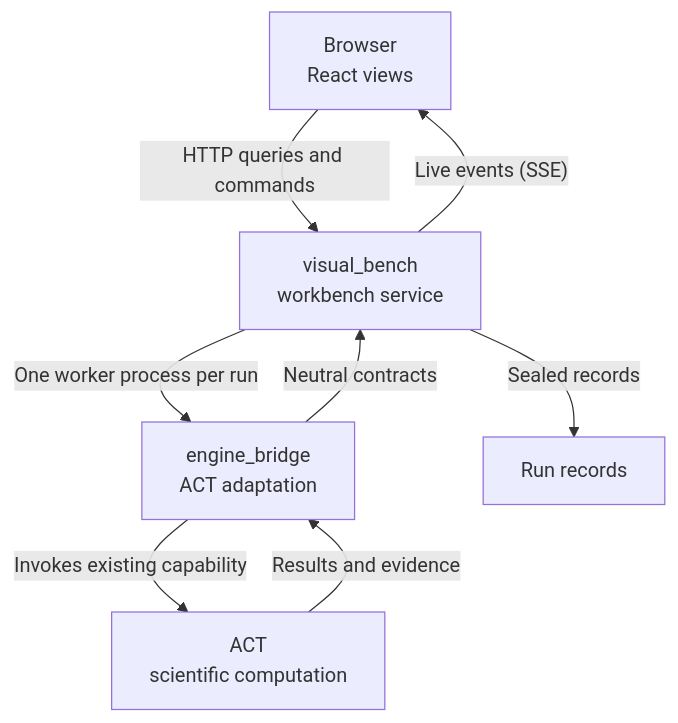
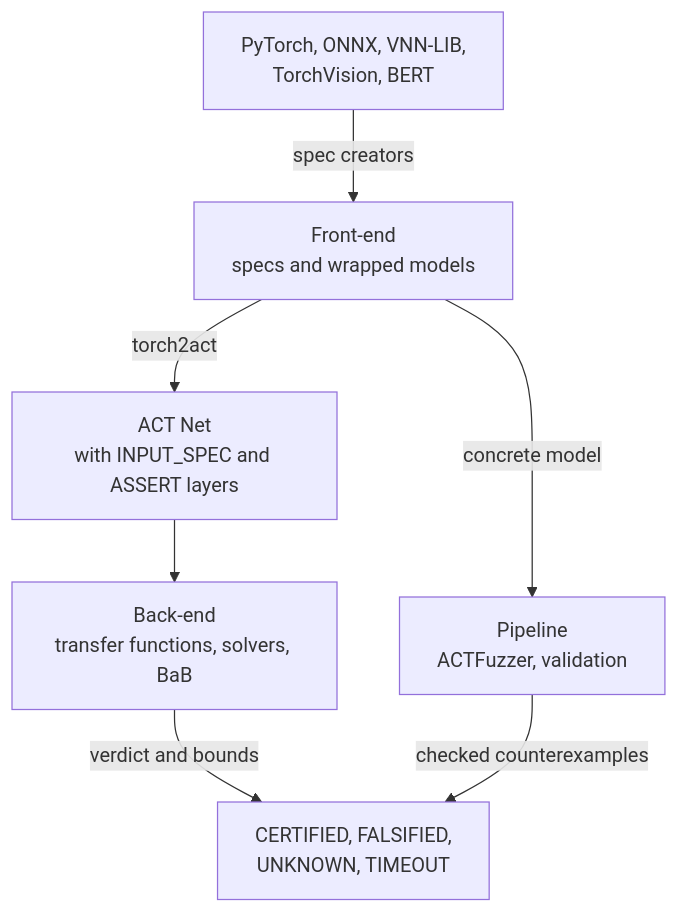
One commit to SVF-tools/ACT-GUI changed the diagram in site/content/guide/how-it-works.md. Above: the diagram before and after it, drawn with Mermaid. The commit also changed other lines of this file and 20 other files, not shown here.

````diff
--- a/site/content/guide/how-it-works.md
+++ b/site/content/guide/how-it-works.md
@@ -5,10 +5,9 @@
 ```mermaid
 flowchart TB
-  B["Browser<br/>React views"] -->|"HTTP queries and commands"| VB["visual_bench<br/>workbench service"]
-  VB -->|"Live events (SSE)"| B
-  VB -->|"One worker process per run"| EB["engine_bridge<br/>ACT adaptation"]
-  EB -->|"Invokes existing capability"| ACT["ACT<br/>scientific computation"]
-  ACT -->|"Results and evidence"| EB
-  EB -->|"Neutral contracts"| VB
-  VB -->|"Sealed records"| R["Run records"]
+  In["PyTorch, ONNX, VNN-LIB,<br/>TorchVision, BERT"] -->|"spec creators"| FE["Front-end<br/>specs and wrapped models"]
+  FE -->|"torch2act"| Net["ACT Net<br/>with INPUT_SPEC and ASSERT layers"]
+  Net --> BE["Back-end<br/>transfer functions, solvers, BaB"]
+  BE -->|"verdict and bounds"| Out["CERTIFIED, FALSIFIED,<br/>UNKNOWN, TIMEOUT"]
+  FE -->|"concrete model"| FZ["Pipeline<br/>ACTFuzzer, validation"]
+  FZ -->|"checked counterexamples"| Out
 ```
````
